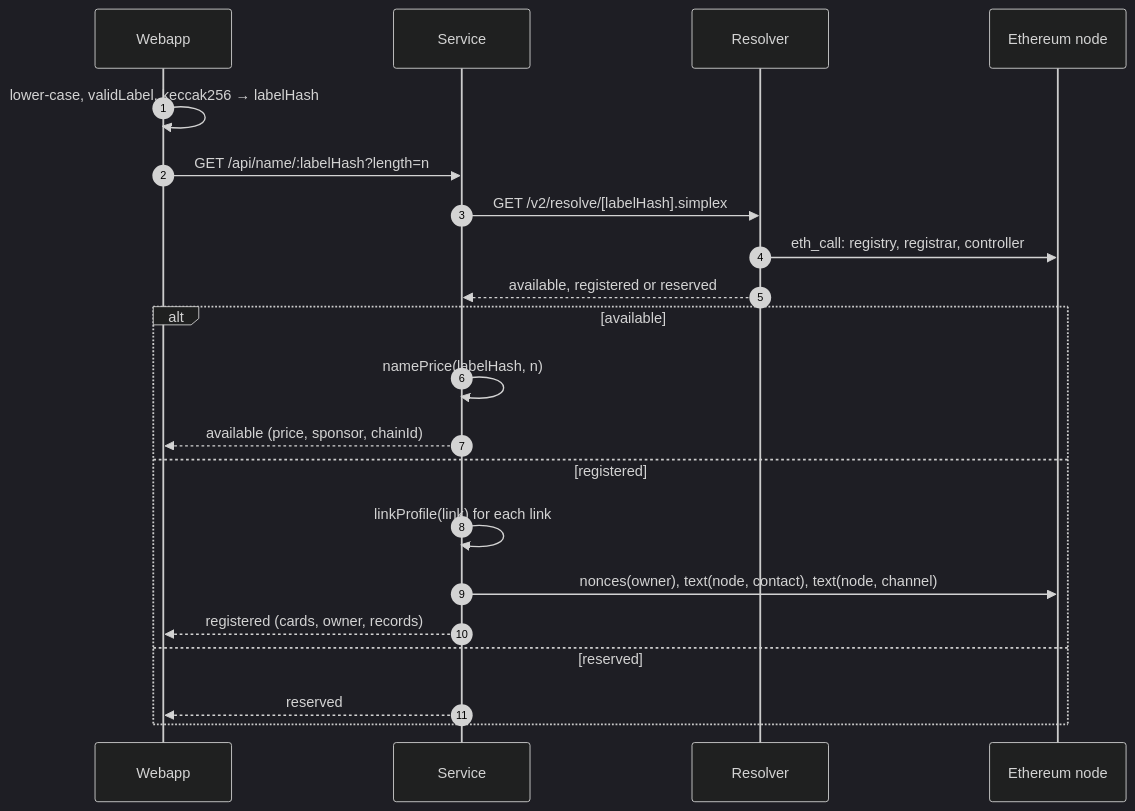
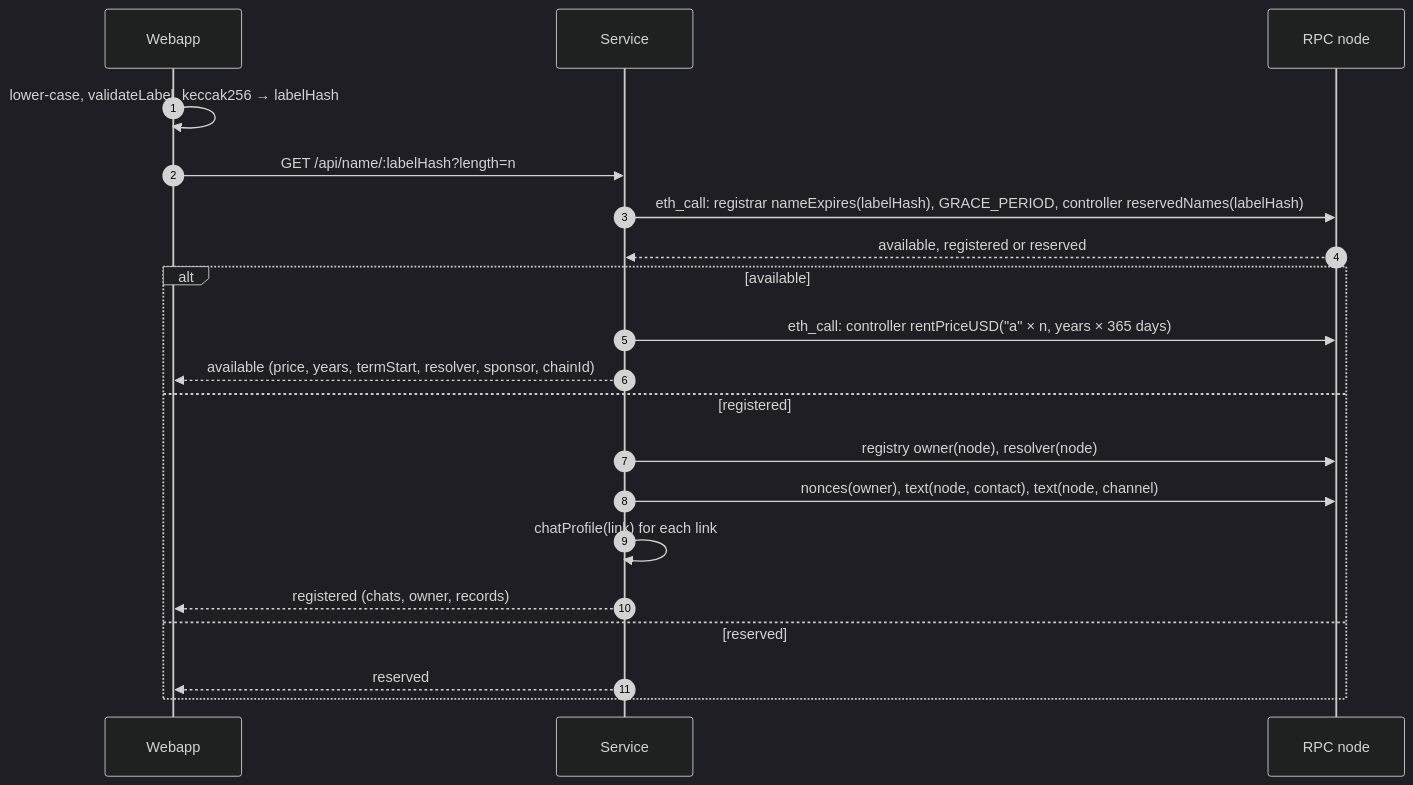
One commit to simplex-chat/simplex-chat changed the second of 20 diagrams in plans/names-codes/2026-10-13-names-sequence.md. Above: the diagram before and after it, drawn with Mermaid (dark theme). The commit also changed other lines of this file and 2 other files, not shown here.

Commit message:
plans: names docs follow the store API

````diff
--- a/plans/names-codes/2026-10-13-names-sequence.md
+++ b/plans/names-codes/2026-10-13-names-sequence.md
@@ -109,23 +104,22 @@
 ```mermaid
 sequenceDiagram
   autonumber
   participant W as Webapp
   participant S as Service
-  participant R as Resolver
-  participant E as Ethereum node
-  W->>W: lower-case, validLabel, keccak256 → labelHash
+  participant E as RPC node
+  W->>W: lower-case, validateLabel, keccak256 → labelHash
   W->>S: GET /api/name/:labelHash?length=n
-  S->>R: GET /v2/resolve/[labelHash].simplex
-  R->>E: eth_call: registry, registrar, controller
-  R-->>S: available, registered or reserved
+  S->>E: eth_call: registrar nameExpires(labelHash), GRACE_PERIOD, controller reservedNames(labelHash)
+  E-->>S: available, registered or reserved
   alt available
-    S->>S: namePrice(labelHash, n)
-    S-->>W: available (price, sponsor, chainId)
+    S->>E: eth_call: controller rentPriceUSD("a" × n, years × 365 days)
+    S-->>W: available (price, years, termStart, resolver, sponsor, chainId)
   else registered
-    S->>S: linkProfile(link) for each link
+    S->>E: registry owner(node), resolver(node)
     S->>E: nonces(owner), text(node, contact), text(node, channel)
-    S-->>W: registered (cards, owner, records)
+    S->>S: chatProfile(link) for each link
+    S-->>W: registered (chats, owner, records)
   else reserved
     S-->>W: reserved
   end
 ```
````
